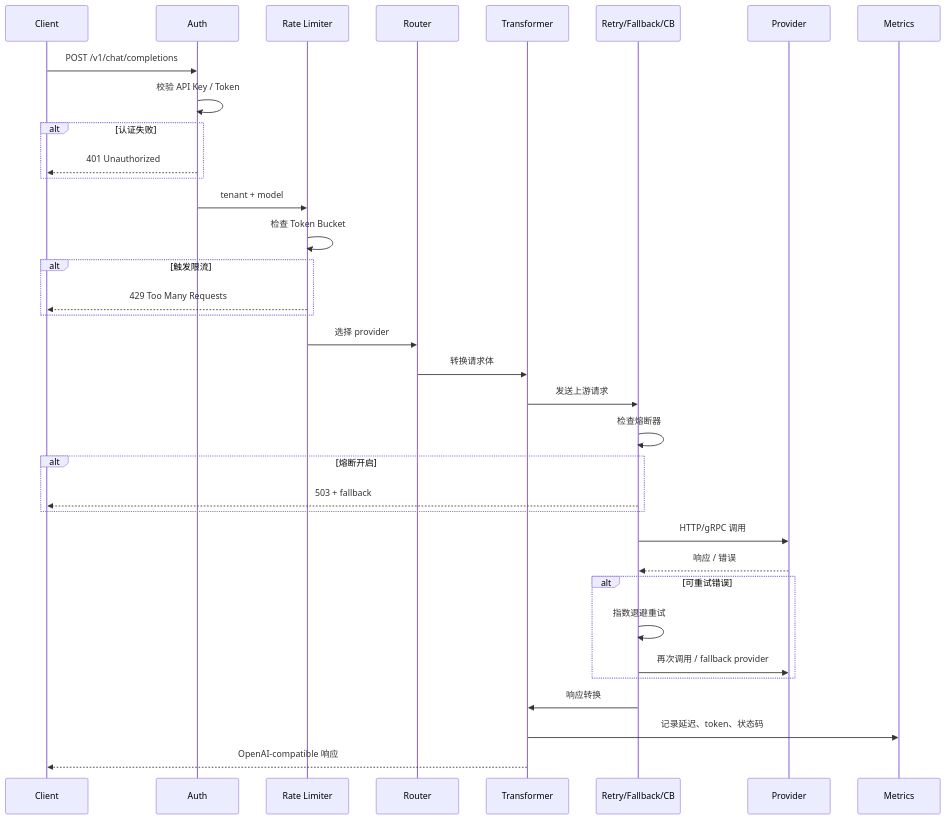
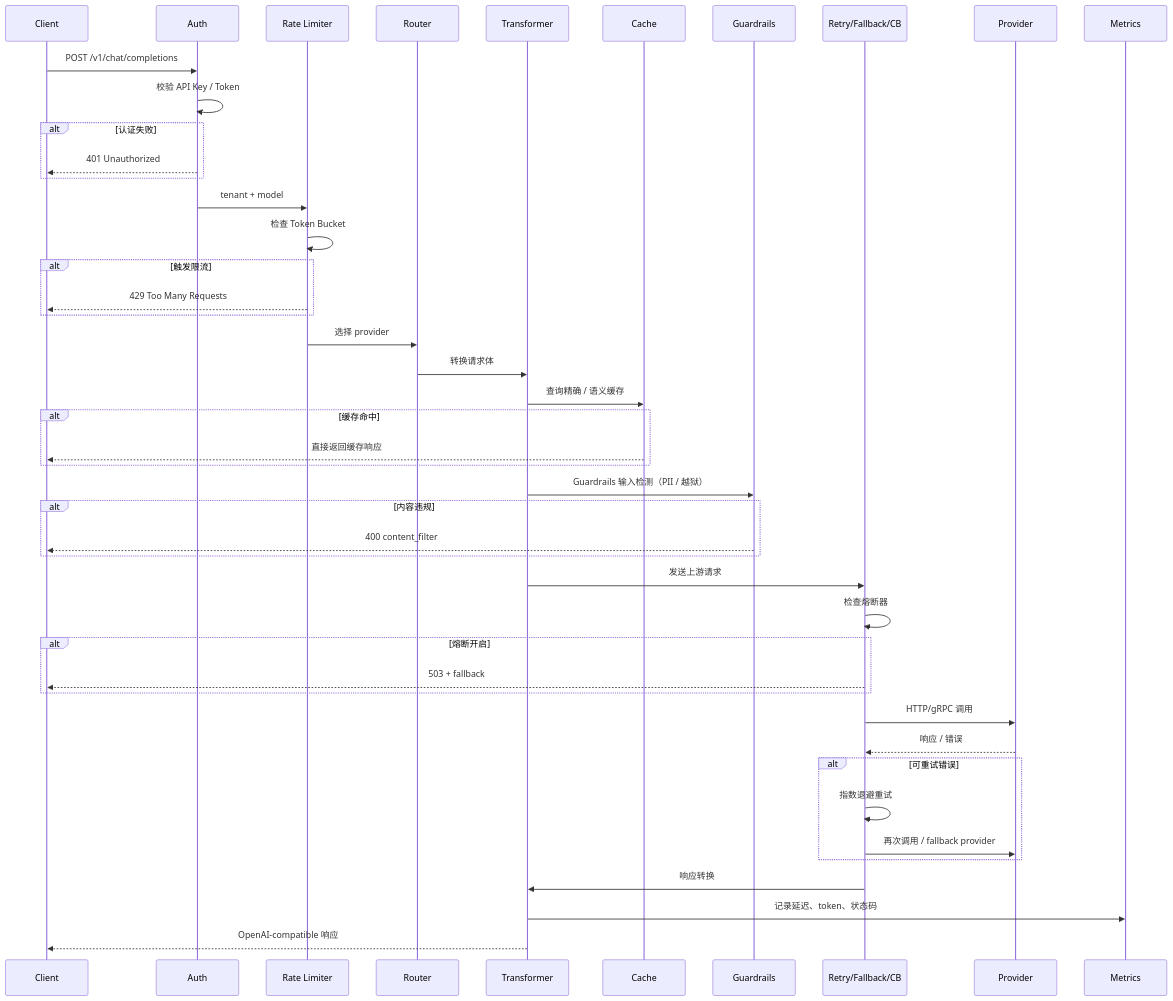
The first of 2 diagrams in docs/04-llmops/llm-gateway/04-runtime-workflow.md (cypggs/AI_Infra_Handbook), drawn with Mermaid before and after one commit. The commit also changed other lines of this file and 11 other files, not shown here.

````diff
--- a/docs/04-llmops/llm-gateway/04-runtime-workflow.md
+++ b/docs/04-llmops/llm-gateway/04-runtime-workflow.md
@@ -7,38 +7,48 @@
 ```mermaid
 sequenceDiagram
     participant C as Client
     participant A as Auth
     participant R as Rate Limiter
     participant Rt as Router
     participant T as Transformer
+    participant Cache as Cache
+    participant Guard as Guardrails
     participant CB as Retry/Fallback/CB
     participant P as Provider
     participant M as Metrics
 
     C->>A: POST /v1/chat/completions
     A->>A: 校验 API Key / Token
     alt 认证失败
         A-->>C: 401 Unauthorized
     end
     A->>R: tenant + model
     R->>R: 检查 Token Bucket
     alt 触发限流
         R-->>C: 429 Too Many Requests
     end
     R->>Rt: 选择 provider
     Rt->>T: 转换请求体
+    T->>Cache: 查询精确 / 语义缓存
+    alt 缓存命中
+        Cache-->>C: 直接返回缓存响应
+    end
+    T->>Guard: Guardrails 输入检测（PII / 越狱）
+    alt 内容违规
+        Guard-->>C: 400 content_filter
+    end
     T->>CB: 发送上游请求
     CB->>CB: 检查熔断器
     alt 熔断开启
         CB-->>C: 503 + fallback
     end
     CB->>P: HTTP/gRPC 调用
     P-->>CB: 响应 / 错误
     alt 可重试错误
         CB->>CB: 指数退避重试
         CB->>P: 再次调用 / fallback provider
     end
     CB->>T: 响应转换
     T->>M: 记录延迟、token、状态码
     T-->>C: OpenAI-compatible 响应
 ```
````
